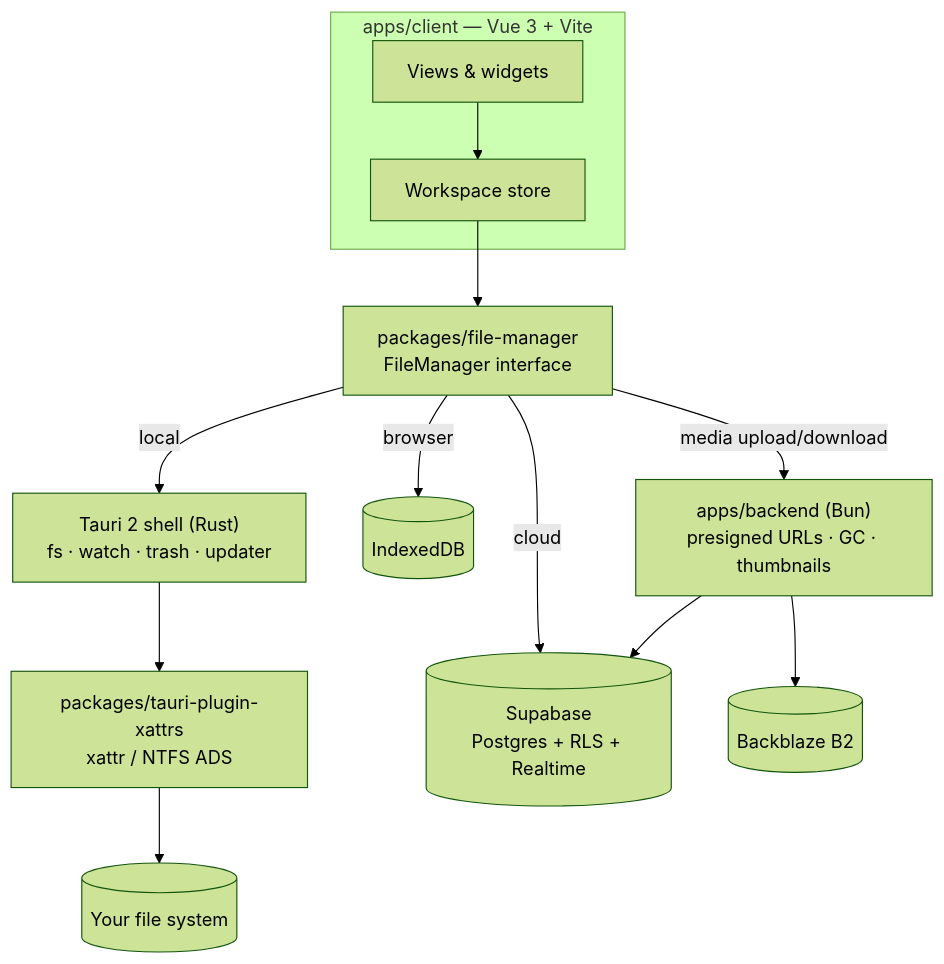
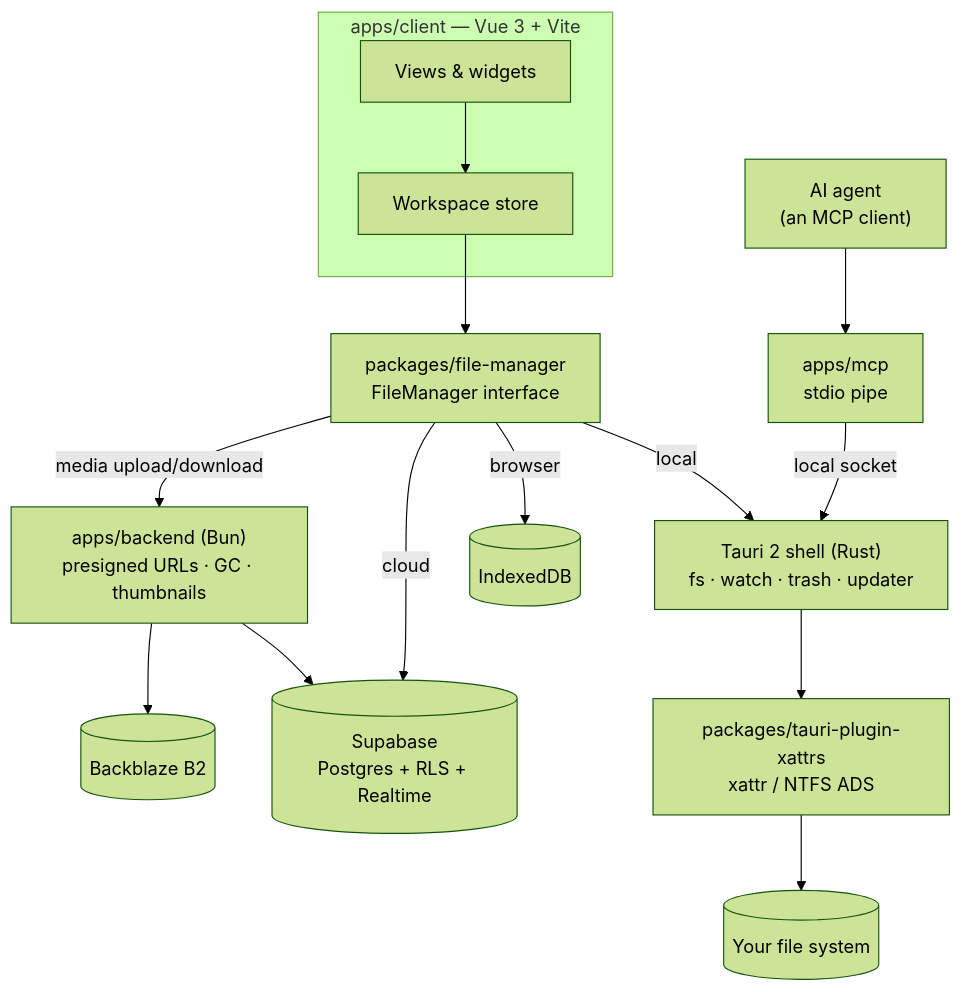
One commit to a-matyukh/pile-commander changed the diagram in README.md. Above: the diagram before and after it, drawn with Mermaid (forest theme). The commit also changed other lines of this file and 75 other files, not shown here.

````diff
--- a/README.md
+++ b/README.md
@@ -90,21 +84,23 @@
 ```mermaid
 flowchart TB
   subgraph client["apps/client — Vue 3 + Vite"]
     ui[Views & widgets]
     store[Workspace store]
     ui --> store
   end
 
   store --> fm["packages/file-manager<br/>FileManager interface"]
 
   fm -->|local| tauri["Tauri 2 shell (Rust)<br/>fs · watch · trash · updater"]
+  agent["AI agent<br/>(an MCP client)"] --> mcp["apps/mcp<br/>stdio pipe"]
+  mcp -->|local socket| tauri
   tauri --> xattrs["packages/tauri-plugin-xattrs<br/>xattr / NTFS ADS"]
   xattrs --> disk[(Your file system)]
 
   fm -->|browser| idb[(IndexedDB)]
 
   fm -->|cloud| supa[("Supabase<br/>Postgres + RLS + Realtime")]
   fm -->|media upload/download| backend["apps/backend (Bun)<br/>presigned URLs · GC · thumbnails"]
   backend --> supa
   backend --> b2[(Backblaze B2)]
 ```
````
